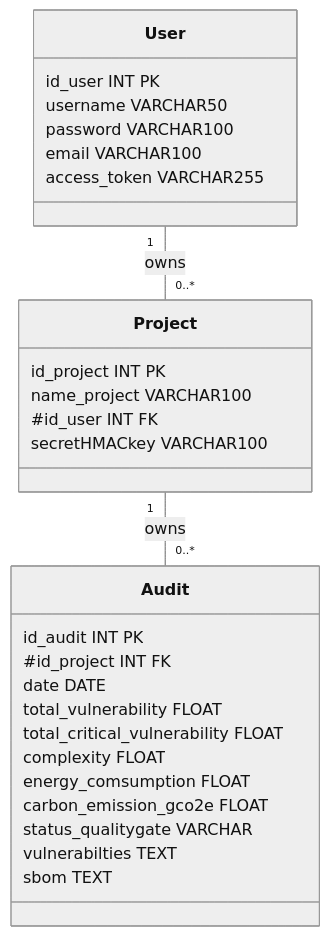
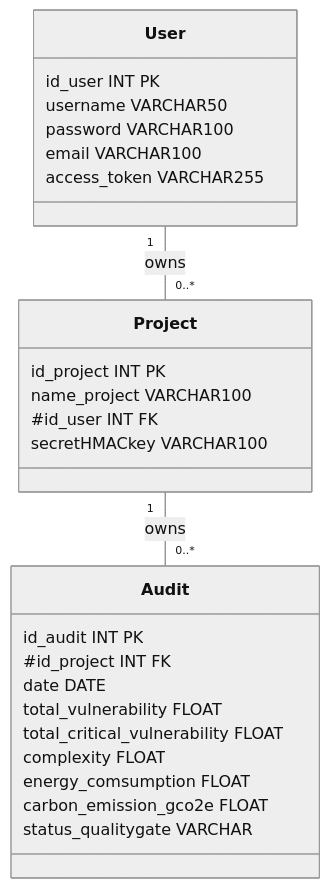
One commit to galahade-ncl/ensai-it-project-2a-team34 changed the diagram in doc/diagramme_phys_donnees.md. Above: the diagram before and after it, drawn with Mermaid (neutral theme). The commit also changed 1 other file, not shown here.

Commit message:
modification diagramme physique des données

````diff
--- a/doc/diagramme_phys_donnees.md
+++ b/doc/diagramme_phys_donnees.md
@@ -17,38 +17,35 @@
 ```mermaid
 classDiagram
     %% Business objects
     class User {
         id_user INT PK
         username VARCHAR50
         password VARCHAR100
         email VARCHAR100
         access_token VARCHAR255
     }
 
     class Project {
         id_project INT PK
         name_project VARCHAR100
         #id_user INT FK
         secretHMACkey VARCHAR100
     }
 
     class Audit {
         id_audit INT PK
         #id_project INT FK
         date DATE
         total_vulnerability FLOAT
         total_critical_vulnerability FLOAT
         complexity FLOAT
         energy_comsumption FLOAT
         carbon_emission_gco2e FLOAT
         status_qualitygate VARCHAR
-        vulnerabilties TEXT
-        sbom TEXT
-
     }
 
     %% Relationships
     User "1" -- "0..*" Project : owns
     Project "1" -- "0..*" Audit : owns
 
 ```
````
